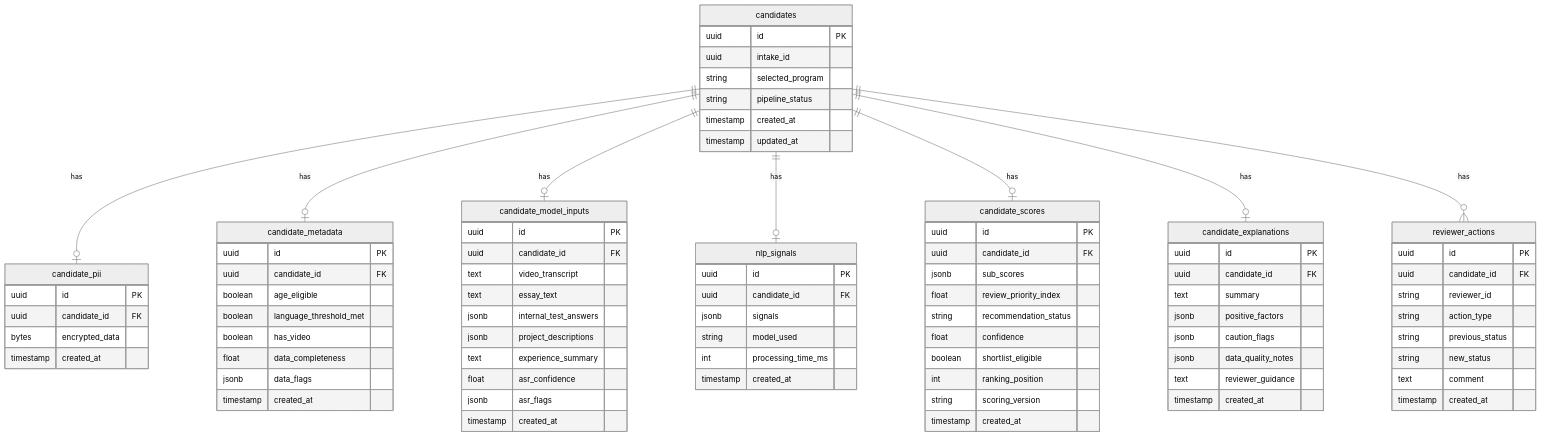
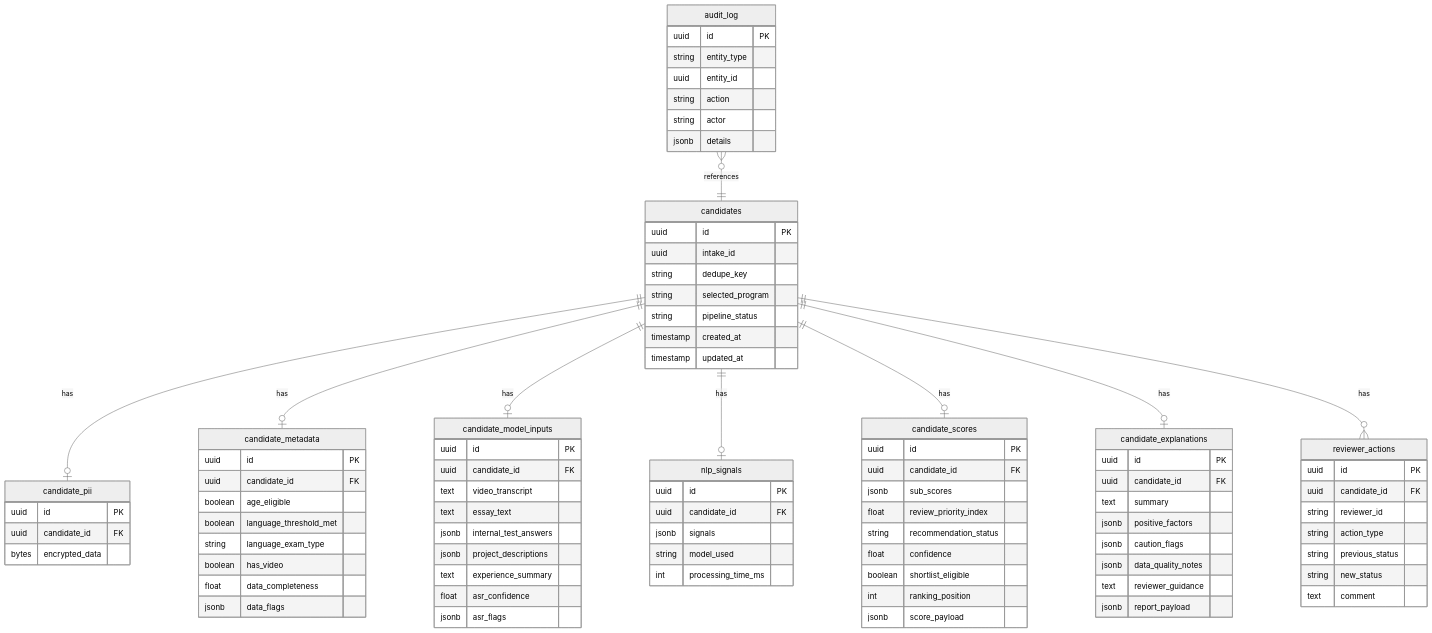
Before and after one commit to alenisaw/invision_u_Vi-Ka: the third of 3 diagrams in docs/eng/ARCHITECTURE.md, drawn with Mermaid (neutral theme). The commit also changed other lines of this file and 68 other files, not shown here.

````diff
--- a/docs/eng/ARCHITECTURE.md
+++ b/docs/eng/ARCHITECTURE.md
@@ -350,10 +304,12 @@
     candidates ||--o| candidate_scores : has
     candidates ||--o| candidate_explanations : has
     candidates ||--o{ reviewer_actions : has
+    audit_log }o--|| candidates : references
 
     candidates {
         uuid id PK
         uuid intake_id
+        string dedupe_key
         string selected_program
         string pipeline_status
         timestamp created_at
@@ -364,7 +320,6 @@
         uuid id PK
         uuid candidate_id FK
         bytes encrypted_data
-        timestamp created_at
     }
 
     candidate_metadata {
@@ -372,10 +327,10 @@
         uuid candidate_id FK
         boolean age_eligible
         boolean language_threshold_met
+        string language_exam_type
         boolean has_video
         float data_completeness
         jsonb data_flags
-        timestamp created_at
     }
 
     candidate_model_inputs {
@@ -388,7 +343,6 @@
         text experience_summary
         float asr_confidence
         jsonb asr_flags
-        timestamp created_at
     }
 
     nlp_signals {
@@ -397,7 +351,6 @@
         jsonb signals
         string model_used
         int processing_time_ms
-        timestamp created_at
     }
 
     candidate_scores {
@@ -409,8 +362,7 @@
         float confidence
         boolean shortlist_eligible
         int ranking_position
-        string scoring_version
-        timestamp created_at
+        jsonb score_payload
     }
 
     candidate_explanations {
@@ -421,7 +373,7 @@
         jsonb caution_flags
         jsonb data_quality_notes
         text reviewer_guidance
-        timestamp created_at
+        jsonb report_payload
     }
 
     reviewer_actions {
@@ -432,6 +384,14 @@
         string previous_status
         string new_status
         text comment
-        timestamp created_at
+    }
+
+    audit_log {
+        uuid id PK
+        string entity_type
+        uuid entity_id
+        string action
+        string actor
+        jsonb details
     }
 ```
````
